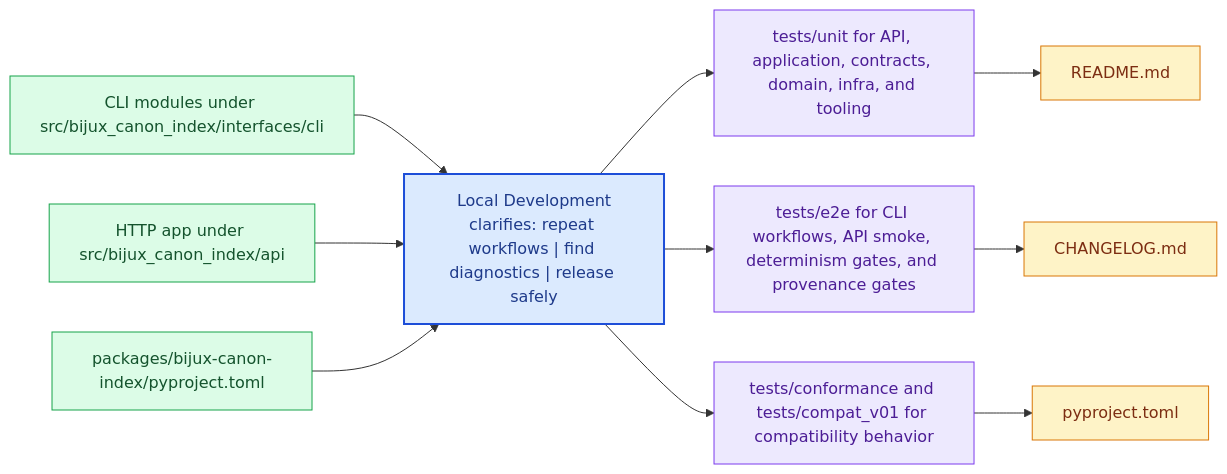
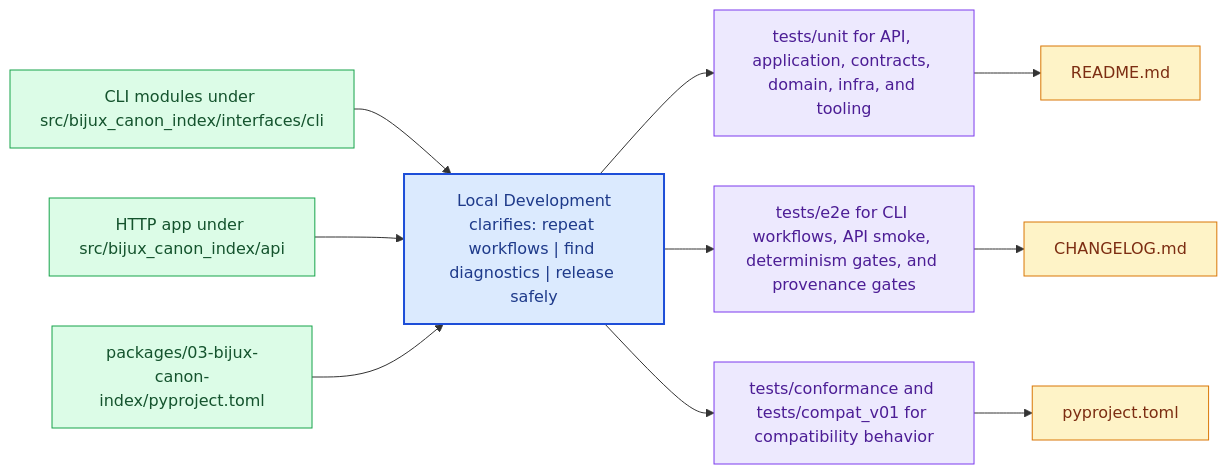
One commit to bijux/bijux-canon changed the diagram in docs/03-bijux-canon-index/operations/local-development.md. Above: the diagram before and after it, drawn with Mermaid. The commit also changed other lines of this file and 167 other files, not shown here.

````diff
--- a/docs/03-bijux-canon-index/operations/local-development.md
+++ b/docs/03-bijux-canon-index/operations/local-development.md
@@ -23,31 +23,31 @@
 ```mermaid
 flowchart LR
     page["Local Development<br/>clarifies: repeat workflows | find diagnostics | release safely"]
     classDef page fill:#dbeafe,stroke:#1d4ed8,color:#1e3a8a,stroke-width:2px;
     classDef positive fill:#dcfce7,stroke:#16a34a,color:#14532d;
     classDef caution fill:#fee2e2,stroke:#dc2626,color:#7f1d1d;
     classDef anchor fill:#ede9fe,stroke:#7c3aed,color:#4c1d95;
     classDef action fill:#fef3c7,stroke:#d97706,color:#7c2d12;
     step1["CLI modules under src/bijux_canon_index/interfaces/cli"]
     step1 --> page
     step2["HTTP app under src/bijux_canon_index/api"]
     step2 --> page
-    step3["packages/bijux-canon-index/pyproject.toml"]
+    step3["packages/03-bijux-canon-index/pyproject.toml"]
     step3 --> page
     run1["tests/unit for API, application, contracts, domain, infra, and tooling"]
     page --> run1
     run2["tests/e2e for CLI workflows, API smoke, determinism gates, and provenance gates"]
     page --> run2
     run3["tests/conformance and tests/compat_v01 for compatibility behavior"]
     page --> run3
     release1["README.md"]
     run1 --> release1
     release2["CHANGELOG.md"]
     run2 --> release2
     release3["pyproject.toml"]
     run3 --> release3
     class page page;
     class step1,step2,step3 positive;
     class run1,run2,run3 anchor;
     class release1,release2,release3 action;
 ```
````
